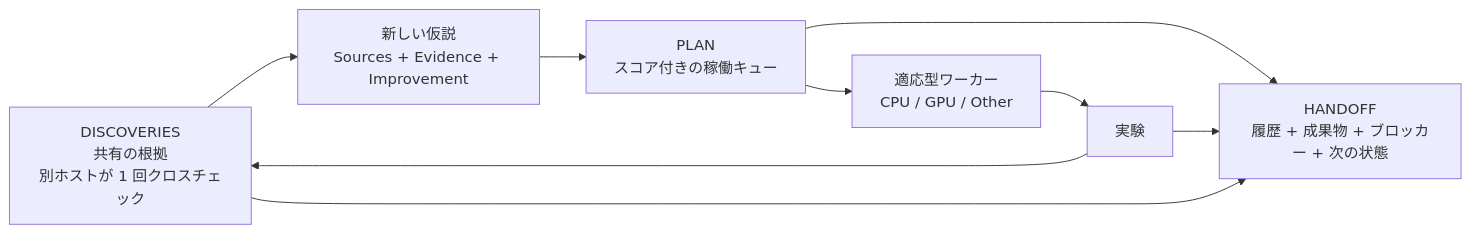
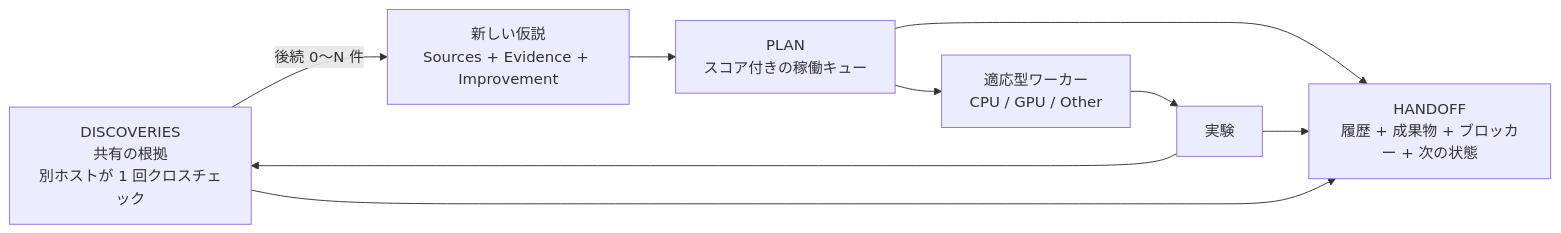
The first of 3 diagrams in README.ja.md (TaeyanG4/research-orchestrator-skill), drawn with Mermaid before and after one commit. The commit also changed other lines of this file and 20 other files, not shown here.

````diff
--- a/README.ja.md
+++ b/README.ja.md
@@ -31,14 +31,15 @@
 ```mermaid
 flowchart LR
     D[DISCOVERIES<br/>共有の根拠<br/>別ホストが 1 回クロスチェック]
     H[新しい仮説<br/>Sources + Evidence + Improvement]
     P[PLAN<br/>スコア付きの稼働キュー]
     W[適応型ワーカー<br/>CPU / GPU / Other]
     E[実験]
     O[HANDOFF<br/>履歴 + 成果物 + ブロッカー + 次の状態]
 
-    D --> H --> P --> W --> E --> D
+    D -->|後続 0〜N 件| H
+    H --> P --> W --> E --> D
     P --> O
     E --> O
     D --> O
 ```
````
